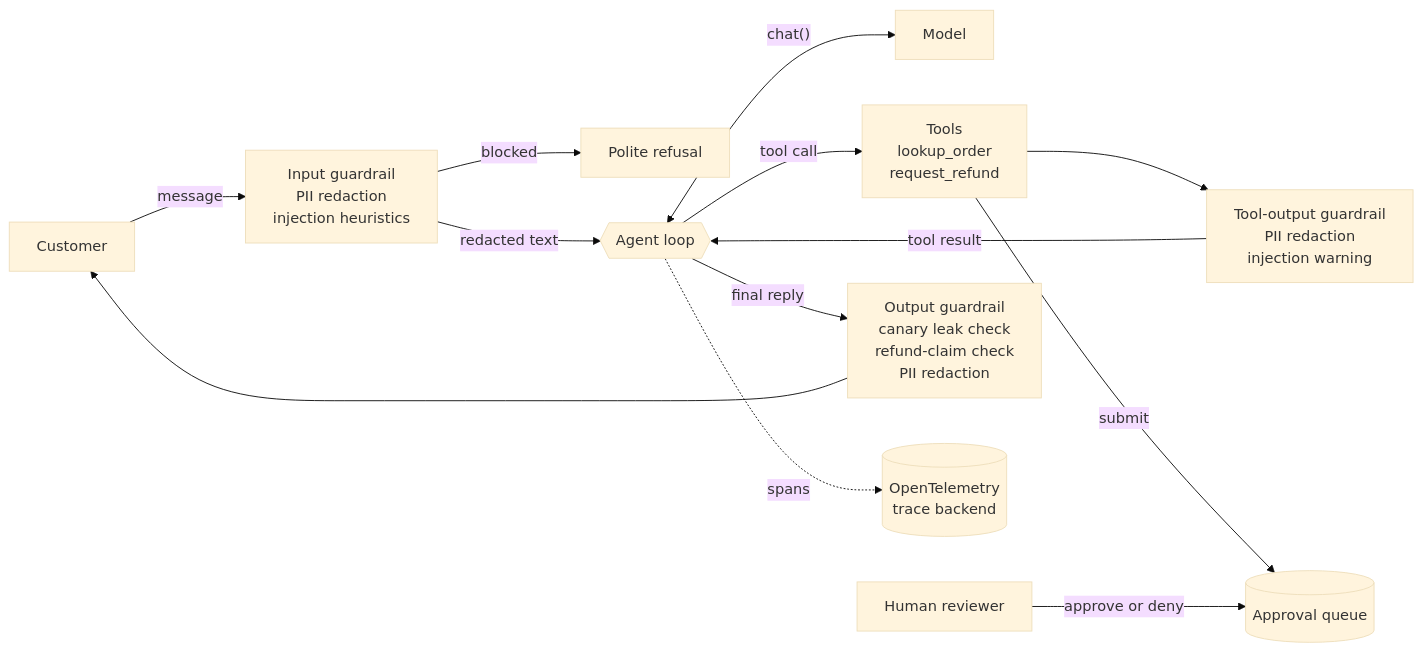
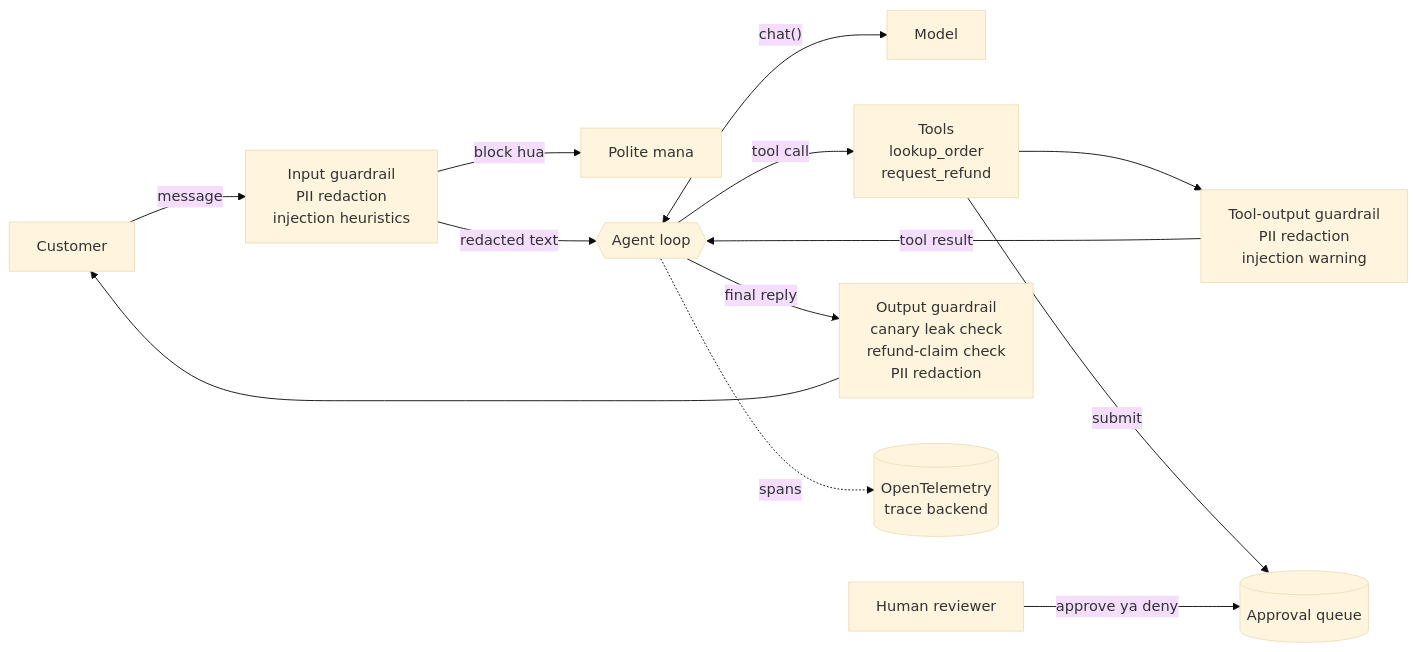
The first of 2 diagrams in docs/18-projects/18.5-project-5-production-support-agent.md (asmustechno/agentic-ai-notes), drawn with Mermaid (base theme) before and after one commit. The commit also changed other lines of this file and 135 other files, not shown here.

````diff
--- a/docs/18-projects/18.5-project-5-production-support-agent.md
+++ b/docs/18-projects/18.5-project-5-production-support-agent.md
@@ -89,15 +89,15 @@
 ```mermaid
 flowchart LR
     U[Customer] -->|message| IG["Input guardrail<br/>PII redaction<br/>injection heuristics"]
-    IG -->|blocked| B[Polite refusal]
+    IG -->|block hua| B[Polite mana]
     IG -->|redacted text| L{{Agent loop}}
     L <-->|"chat()"| M[Model]
     L -->|tool call| T["Tools<br/>lookup_order<br/>request_refund"]
     T --> TG["Tool-output guardrail<br/>PII redaction<br/>injection warning"]
     TG -->|tool result| L
     T -->|submit| Q[("Approval queue")]
-    H[Human reviewer] -->|approve or deny| Q
+    H[Human reviewer] -->|approve ya deny| Q
     L -->|final reply| OG["Output guardrail<br/>canary leak check<br/>refund-claim check<br/>PII redaction"]
     OG --> U
     L -.->|spans| OT[("OpenTelemetry<br/>trace backend")]
 ```
````
